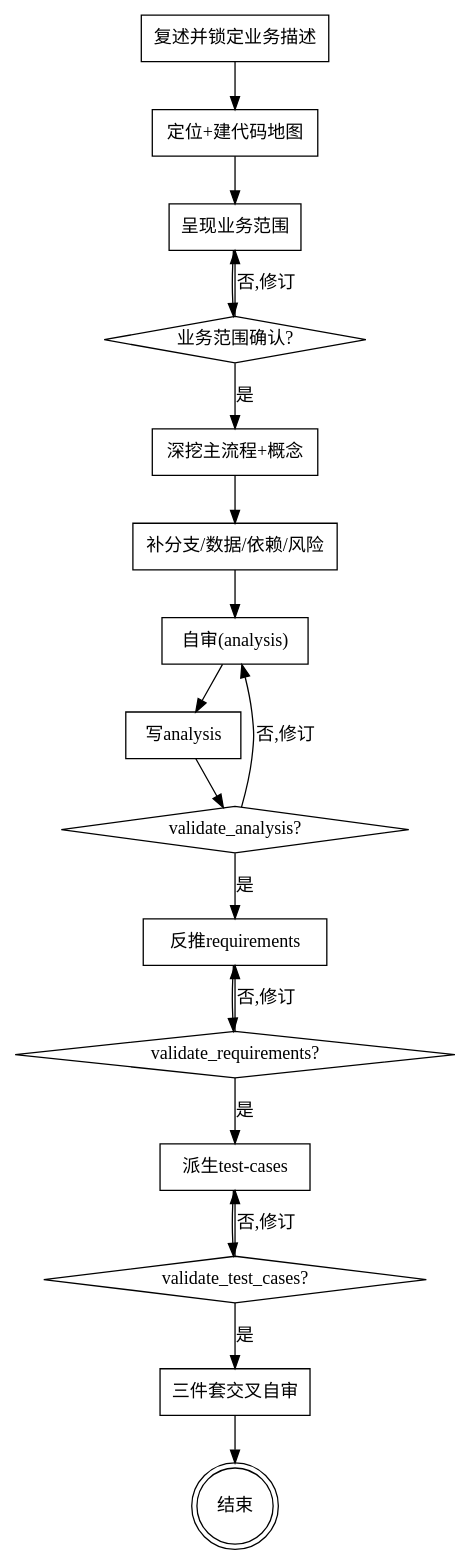
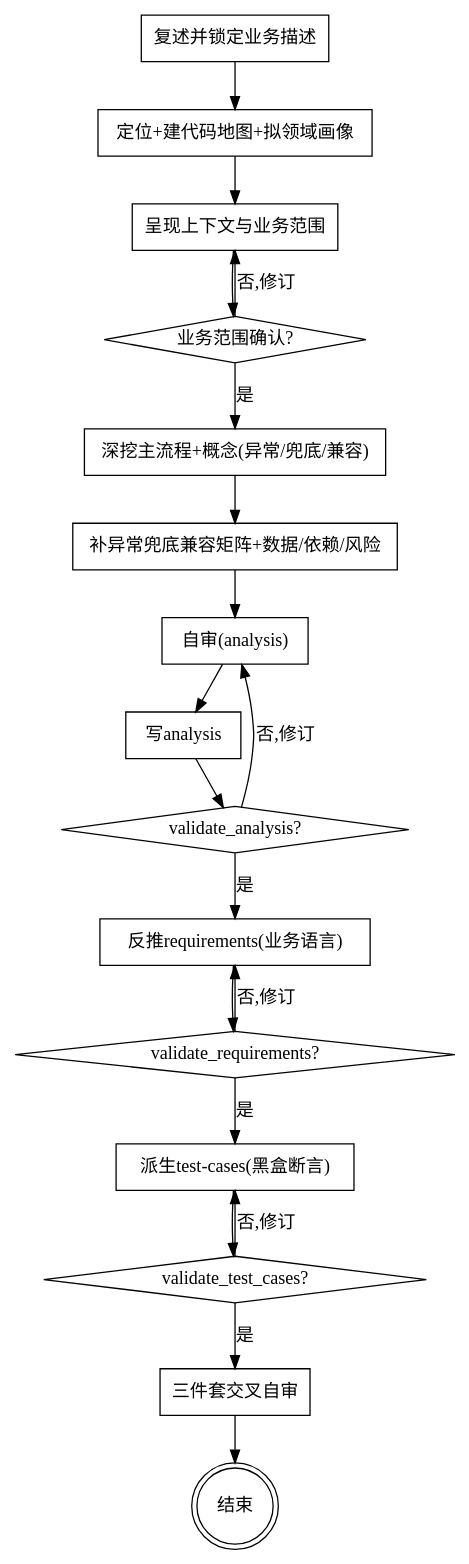
The diagram in skills/code-analyze-business/SKILL.md (ironbob/DesignSKills), drawn with Graphviz before and after one commit. The commit also changed other lines of this file and 16 other files, not shown here.

````diff
--- a/skills/code-analyze-business/SKILL.md
+++ b/skills/code-analyze-business/SKILL.md
@@ -80,38 +80,38 @@
 ```dot
 digraph analyze {
   "复述并锁定业务描述" [shape=box];
-  "定位+建代码地图" [shape=box];
-  "呈现业务范围" [shape=box];
+  "定位+建代码地图+拟领域画像" [shape=box];
+  "呈现上下文与业务范围" [shape=box];
   "业务范围确认?" [shape=diamond];
-  "深挖主流程+概念" [shape=box];
-  "补分支/数据/依赖/风险" [shape=box];
+  "深挖主流程+概念(异常/兜底/兼容)" [shape=box];
+  "补异常兜底兼容矩阵+数据/依赖/风险" [shape=box];
   "自审(analysis)" [shape=box];
   "写analysis" [shape=box];
   "validate_analysis?" [shape=diamond];
-  "反推requirements" [shape=box];
+  "反推requirements(业务语言)" [shape=box];
   "validate_requirements?" [shape=diamond];
-  "派生test-cases" [shape=box];
+  "派生test-cases(黑盒断言)" [shape=box];
   "validate_test_cases?" [shape=diamond];
   "三件套交叉自审" [shape=box];
   "结束" [shape=doublecircle];
 
-  "复述并锁定业务描述" -> "定位+建代码地图";
-  "定位+建代码地图" -> "呈现业务范围";
-  "呈现业务范围" -> "业务范围确认?";
-  "业务范围确认?" -> "呈现业务范围" [label="否,修订"];
-  "业务范围确认?" -> "深挖主流程+概念" [label="是"];
-  "深挖主流程+概念" -> "补分支/数据/依赖/风险";
-  "补分支/数据/依赖/风险" -> "自审(analysis)";
+  "复述并锁定业务描述" -> "定位+建代码地图+拟领域画像";
+  "定位+建代码地图+拟领域画像" -> "呈现上下文与业务范围";
+  "呈现上下文与业务范围" -> "业务范围确认?";
+  "业务范围确认?" -> "呈现上下文与业务范围" [label="否,修订"];
+  "业务范围确认?" -> "深挖主流程+概念(异常/兜底/兼容)" [label="是"];
+  "深挖主流程+概念(异常/兜底/兼容)" -> "补异常兜底兼容矩阵+数据/依赖/风险";
+  "补异常兜底兼容矩阵+数据/依赖/风险" -> "自审(analysis)";
   "自审(analysis)" -> "写analysis";
   "写analysis" -> "validate_analysis?";
   "validate_analysis?" -> "自审(analysis)" [label="否,修订"];
-  "validate_analysis?" -> "反推requirements" [label="是"];
-  "反推requirements" -> "validate_requirements?";
-  "validate_requirements?" -> "反推requirements" [label="否,修订"];
-  "validate_requirements?" -> "派生test-cases" [label="是"];
-  "派生test-cases" -> "validate_test_cases?";
-  "validate_test_cases?" -> "派生test-cases" [label="否,修订"];
+  "validate_analysis?" -> "反推requirements(业务语言)" [label="是"];
+  "反推requirements(业务语言)" -> "validate_requirements?";
+  "validate_requirements?" -> "反推requirements(业务语言)" [label="否,修订"];
+  "validate_requirements?" -> "派生test-cases(黑盒断言)" [label="是"];
+  "派生test-cases(黑盒断言)" -> "validate_test_cases?";
+  "validate_test_cases?" -> "派生test-cases(黑盒断言)" [label="否,修订"];
   "validate_test_cases?" -> "三件套交叉自审" [label="是"];
   "三件套交叉自审" -> "结束";
 }
 ```
````
